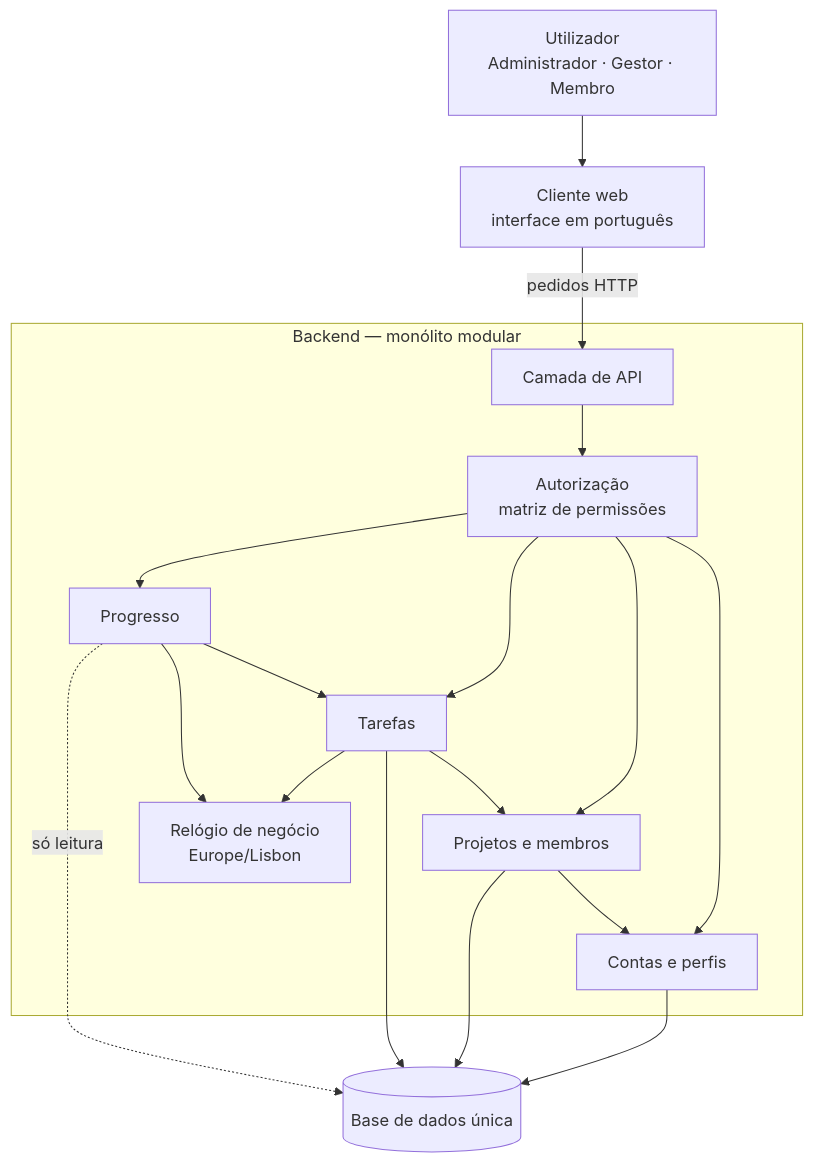
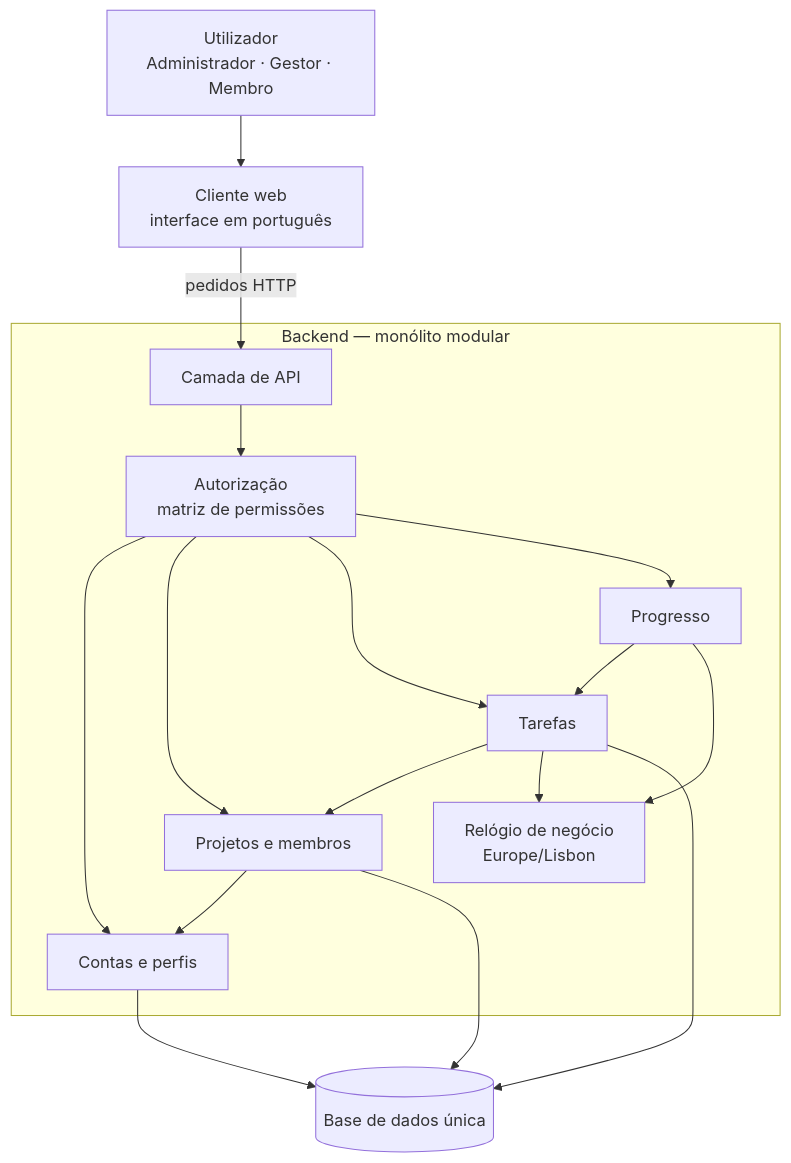
The diagram in docs/architecture.md (ines-giesteira/matriz), drawn with Mermaid before and after one commit. The commit also changed other lines of this file and 9 other files, not shown here.

First line of the commit message:
docs: revisão crítica do Architecture Pack (Ficha 2, Exercício 5)

````diff
--- a/docs/architecture.md
+++ b/docs/architecture.md
@@ -48,21 +48,20 @@
 ```mermaid
 flowchart TB
     U[Utilizador<br/>Administrador · Gestor · Membro] --> W[Cliente web<br/>interface em português]
     W -->|pedidos HTTP| API
 
     subgraph B[Backend — monólito modular]
         API[Camada de API] --> AUT[Autorização<br/>matriz de permissões]
         AUT --> CON[Contas e perfis]
         AUT --> PRO[Projetos e membros]
         AUT --> TAR[Tarefas]
         AUT --> PRG[Progresso]
         TAR --> PRO
         PRO --> CON
         PRG --> TAR
         TAR --> REL[Relógio de negócio<br/>Europe/Lisbon]
         PRG --> REL
     end
 
     CON & PRO & TAR --> DB[(Base de dados única)]
-    PRG -.->|só leitura| DB
 ```
````
